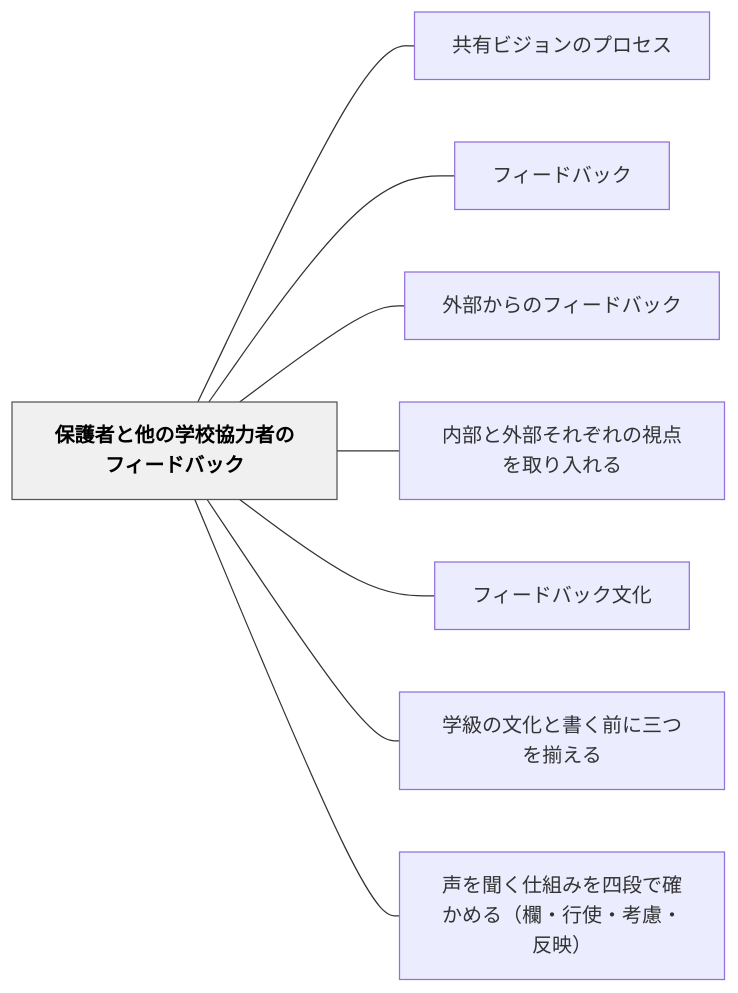
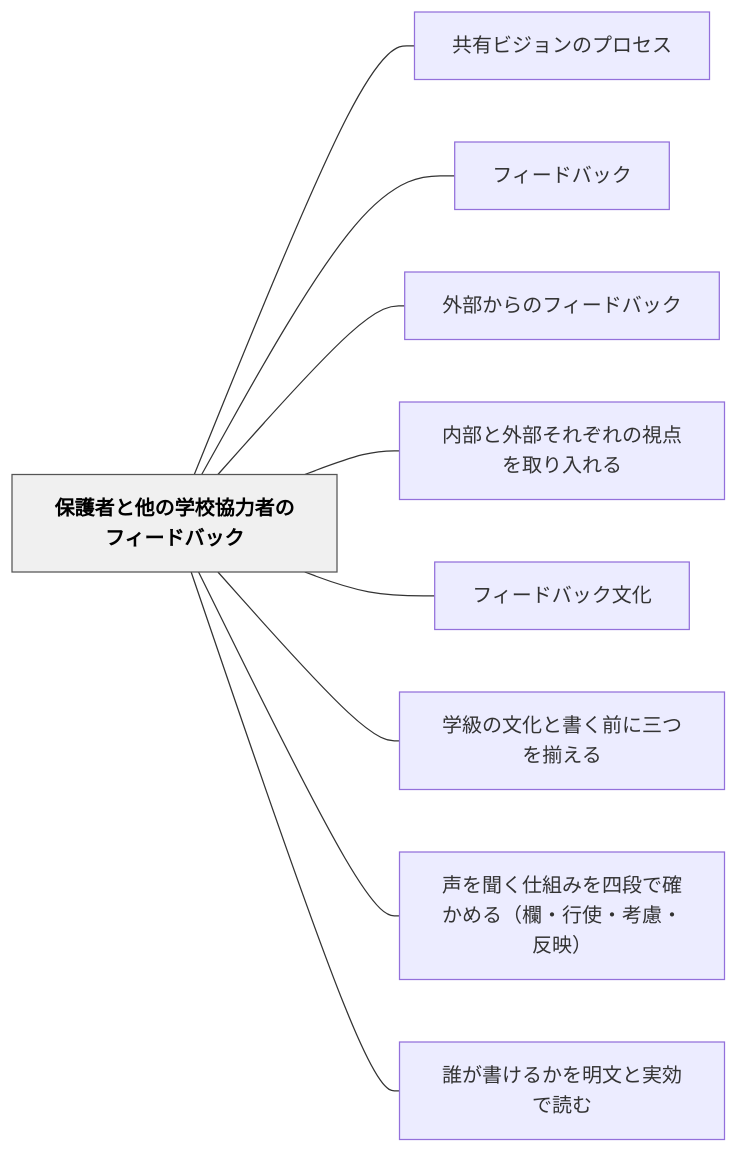
Before and after one commit to unknownthings-ed-patterns/unknownthings-ed-patterns: the diagram in content/パタン/保護者と他の学校協力者のフィードバック.md, drawn with Mermaid. The commit also changed other lines of this file and 14 other files, not shown here.

````diff
--- a/content/パタン/保護者と他の学校協力者のフィードバック.md
+++ b/content/パタン/保護者と他の学校協力者のフィードバック.md
@@ -55,22 +56,24 @@
 ```mermaid
 flowchart LR
     ne4bf9de8adb7e88085e381a8e4bb96e381aee5ada6e6a0a1e58d94e58a9be88085e381aee38395e382a3e383bce38389e38390e38383e382af["保護者と他の学校協力者のフィードバック"]
     ne585b1e69c89e38393e382b8e383a7e383b3e381aee38397e383ade382bbe382b9["共有ビジョンのプロセス"]
     ne38395e382a3e383bce38389e38390e38383e382af["フィードバック"]
     ne5a496e983a8e3818be38289e381aee38395e382a3e383bce38389e38390e38383e382af["外部からのフィードバック"]
     ne58685e983a8e381a8e5a496e983a8e3819de3828ce3819ee3828ce381aee8a696e782b9e38292e58f96e3828ae585a5e3828ce3828b["内部と外部それぞれの視点を取り入れる"]
     ne38395e382a3e383bce38389e38390e38383e382afe69687e58c96["フィードバック文化"]
     ne5ada6e7b49ae381aee69687e58c96e381a8e69bb8e3818fe5898de381abe4b889e381a4e38292e68f83e38188e3828b["学級の文化と書く前に三つを揃える"]
     ne5a3b0e38292e8819ee3818fe4bb95e7b584e381bfe38292e59b9be6aeb5e381a7e7a2bae3818be38281e3828befbc88e6ac84e383bbe8a18ce4bdbfe383bbe88083e685aee383bbe58f8de698a0efbc89["声を聞く仕組みを四段で確かめる（欄・行使・考慮・反映）"]
+    ne8aab0e3818ce69bb8e38191e3828be3818be38292e6988ee69687e381a8e5ae9fe58ab9e381a7e8aaade38280["誰が書けるかを明文と実効で読む"]
 
     ne4bf9de8adb7e88085e381a8e4bb96e381aee5ada6e6a0a1e58d94e58a9be88085e381aee38395e382a3e383bce38389e38390e38383e382af --- ne585b1e69c89e38393e382b8e383a7e383b3e381aee38397e383ade382bbe382b9
     ne4bf9de8adb7e88085e381a8e4bb96e381aee5ada6e6a0a1e58d94e58a9be88085e381aee38395e382a3e383bce38389e38390e38383e382af --- ne38395e382a3e383bce38389e38390e38383e382af
     ne4bf9de8adb7e88085e381a8e4bb96e381aee5ada6e6a0a1e58d94e58a9be88085e381aee38395e382a3e383bce38389e38390e38383e382af --- ne5a496e983a8e3818be38289e381aee38395e382a3e383bce38389e38390e38383e382af
     ne4bf9de8adb7e88085e381a8e4bb96e381aee5ada6e6a0a1e58d94e58a9be88085e381aee38395e382a3e383bce38389e38390e38383e382af --- ne58685e983a8e381a8e5a496e983a8e3819de3828ce3819ee3828ce381aee8a696e782b9e38292e58f96e3828ae585a5e3828ce3828b
     ne4bf9de8adb7e88085e381a8e4bb96e381aee5ada6e6a0a1e58d94e58a9be88085e381aee38395e382a3e383bce38389e38390e38383e382af --- ne38395e382a3e383bce38389e38390e38383e382afe69687e58c96
     ne4bf9de8adb7e88085e381a8e4bb96e381aee5ada6e6a0a1e58d94e58a9be88085e381aee38395e382a3e383bce38389e38390e38383e382af --- ne5ada6e7b49ae381aee69687e58c96e381a8e69bb8e3818fe5898de381abe4b889e381a4e38292e68f83e38188e3828b
     ne4bf9de8adb7e88085e381a8e4bb96e381aee5ada6e6a0a1e58d94e58a9be88085e381aee38395e382a3e383bce38389e38390e38383e382af --- ne5a3b0e38292e8819ee3818fe4bb95e7b584e381bfe38292e59b9be6aeb5e381a7e7a2bae3818be38281e3828befbc88e6ac84e383bbe8a18ce4bdbfe383bbe88083e685aee383bbe58f8de698a0efbc89
+    ne4bf9de8adb7e88085e381a8e4bb96e381aee5ada6e6a0a1e58d94e58a9be88085e381aee38395e382a3e383bce38389e38390e38383e382af --- ne8aab0e3818ce69bb8e38191e3828be3818be38292e6988ee69687e381a8e5ae9fe58ab9e381a7e8aaade38280
 
     classDef hub fill:#f0f0f0,stroke:#555,color:#000,font-weight:bold
     class ne4bf9de8adb7e88085e381a8e4bb96e381aee5ada6e6a0a1e58d94e58a9be88085e381aee38395e382a3e383bce38389e38390e38383e382af hub
 ```
````
